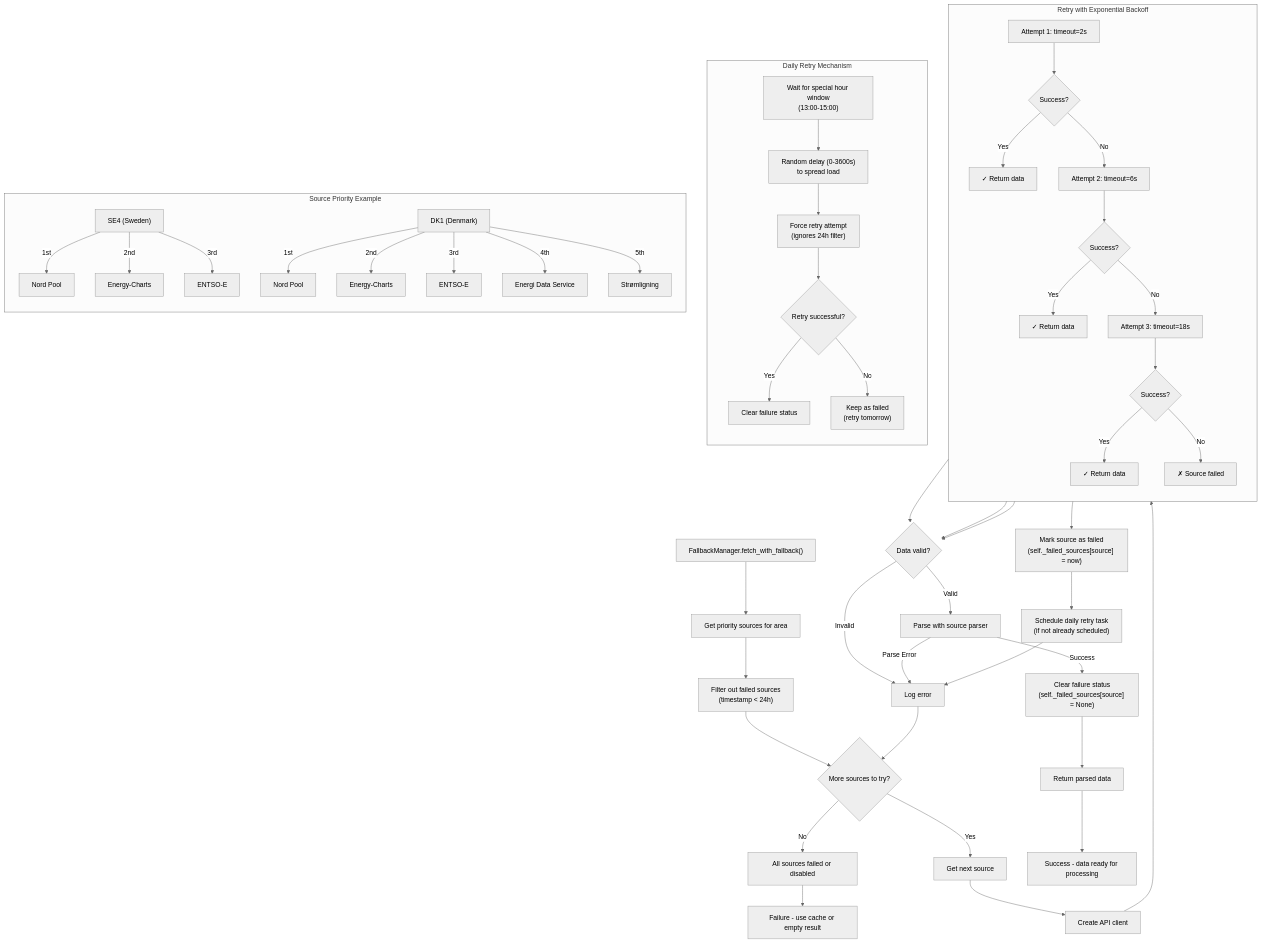
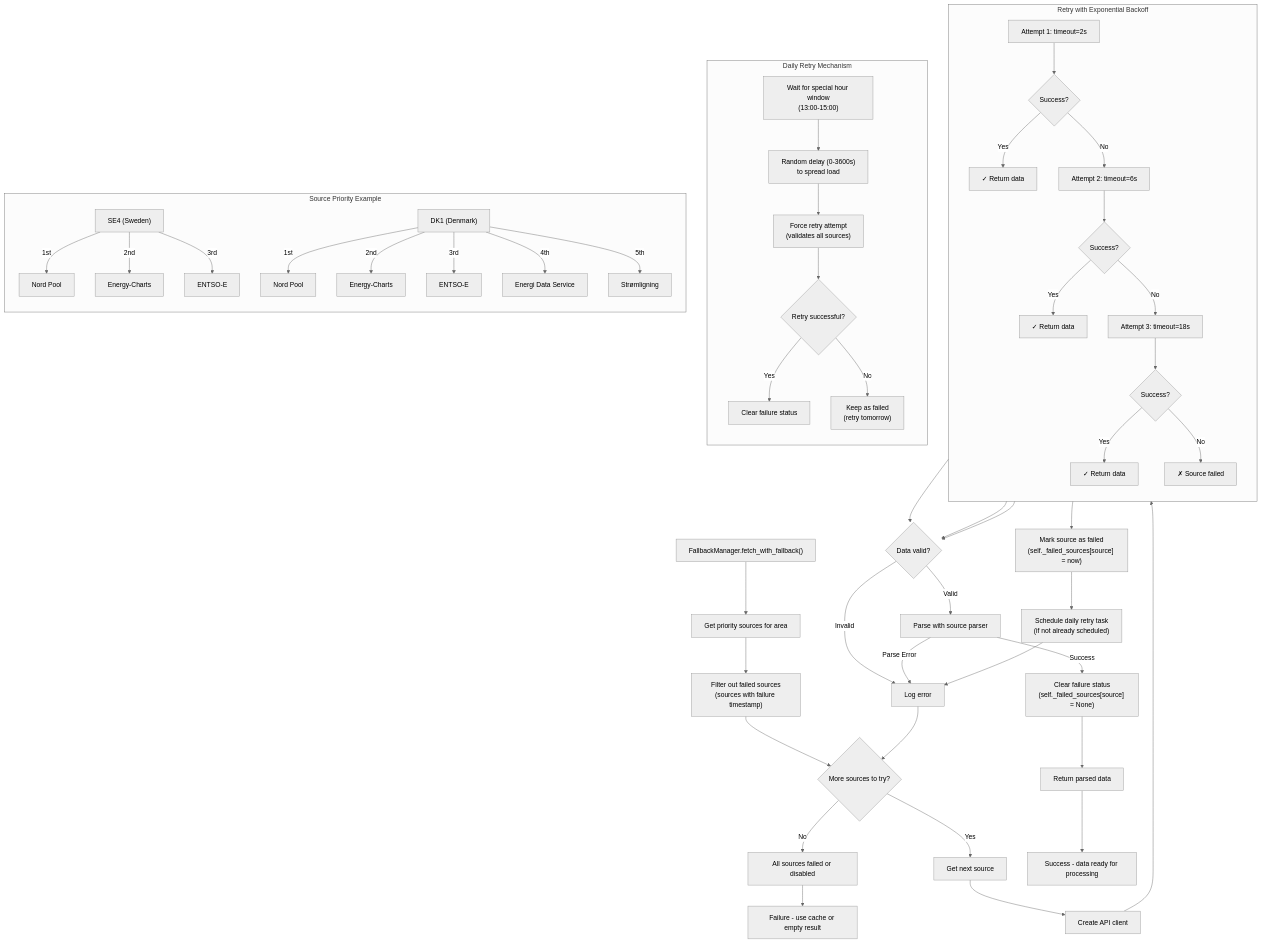
One commit to enoch85/ge-spot changed the fourth of 4 diagrams in README.md. Above: the diagram before and after it, drawn with Mermaid (neutral theme). The commit also changed other lines of this file and 4 other files, not shown here.

````diff
--- a/README.md
+++ b/README.md
@@ -680,68 +683,68 @@
 ```mermaid
 flowchart TD
     FallbackStart["FallbackManager.fetch_with_fallback()"] --> GetSources["Get priority sources for area"]
-    GetSources --> FilterFailed["Filter out failed sources<br/>(timestamp < 24h)"]
+    GetSources --> FilterFailed["Filter out failed sources<br/>(sources with failure timestamp)"]
     FilterFailed --> SourceLoop{"More sources to try?"}
     
     SourceLoop --> |"Yes"| NextSource["Get next source"]
     SourceLoop --> |"No"| FallbackFail["All sources failed or disabled"]
     
     NextSource --> CreateAPI["Create API client"]
     CreateAPI --> RetryLoop["Exponential Backoff Retry Loop"]
     
     subgraph RetryLoop["Retry with Exponential Backoff"]
         direction TB
         Try1["Attempt 1: timeout=2s"] --> Check1{"Success?"}
         Check1 --> |"Yes"| Success1["✓ Return data"]
         Check1 --> |"No"| Try2["Attempt 2: timeout=6s"]
         Try2 --> Check2{"Success?"}
         Check2 --> |"Yes"| Success2["✓ Return data"]
         Check2 --> |"No"| Try3["Attempt 3: timeout=18s"]
         Try3 --> Check3{"Success?"}
         Check3 --> |"Yes"| Success3["✓ Return data"]
         Check3 --> |"No"| Failed["✗ Source failed"]
     end
     
     Success1 --> ValidateData{"Data valid?"}
     Success2 --> ValidateData
     Success3 --> ValidateData
     
     ValidateData --> |"Valid"| ParseData["Parse with source parser"]
     ValidateData --> |"Invalid"| LogError["Log error"]
     
     ParseData --> |"Success"| MarkWorking["Clear failure status<br/>(self._failed_sources[source] = None)"]
     ParseData --> |"Parse Error"| LogError
     
     MarkWorking --> FallbackSuccess["Return parsed data"]
     
     Failed --> MarkFailed["Mark source as failed<br/>(self._failed_sources[source] = now)"]
     MarkFailed --> ScheduleRetry["Schedule daily retry task<br/>(if not already scheduled)"]
     ScheduleRetry --> LogError
     
     LogError --> SourceLoop
     
     FallbackSuccess --> End["Success - data ready for processing"]
     FallbackFail --> End2["Failure - use cache or empty result"]
     
     subgraph DailyRetry["Daily Retry Mechanism"]
         direction TB
         WaitWindow["Wait for special hour window<br/>(13:00-15:00)"] --> RandomDelay["Random delay (0-3600s)<br/>to spread load"]
-        RandomDelay --> ForceRetry["Force retry attempt<br/>(ignores 24h filter)"]
+        RandomDelay --> ForceRetry["Force retry attempt<br/>(validates all sources)"]
         ForceRetry --> RetrySuccess{"Retry successful?"}
         RetrySuccess --> |"Yes"| ClearFailure["Clear failure status"]
         RetrySuccess --> |"No"| KeepFailed["Keep as failed<br/>(retry tomorrow)"]
     end
     
     subgraph SourcePriority["Source Priority Example"]
         direction TB
         SE4["SE4 (Sweden)"] --> |"1st"| Nordpool["Nord Pool"]
         SE4 --> |"2nd"| EnergyCharts["Energy-Charts"]
         SE4 --> |"3rd"| ENTSOE["ENTSO-E"]
         
         DK1["DK1 (Denmark)"] --> |"1st"| NordpoolDK["Nord Pool"]
         DK1 --> |"2nd"| EnergyChartsDK["Energy-Charts"]
         DK1 --> |"3rd"| ENTSODK["ENTSO-E"] 
         DK1 --> |"4th"| EnergiData["Energi Data Service"]
         DK1 --> |"5th"| Stromligning["Strømligning"]
     end
 ```
````
